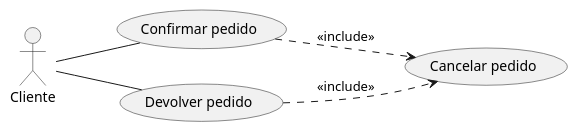
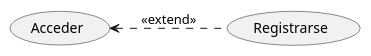
Before and after one commit to sandrasd89/CasosDeUsoI: the diagram in casosdeusoI.puml, drawn with PlantUML.

Commit message:
creado acceder y registrarse

```diff
--- a/casosdeusoI.puml
+++ b/casosdeusoI.puml
@@ -1,11 +1,10 @@
 @startuml
 
-:Cliente: as c
+
 left to right direction
 
-c -- (Confirmar pedido)
-c -- (Devolver pedido)
-(Confirmar pedido) ..> (Cancelar pedido): <<include>>
-(Devolver pedido) ..> (Cancelar pedido): <<include>>
+
+(Acceder) <.. (Registrarse): <<extend>>
+
 
 @enduml
```
